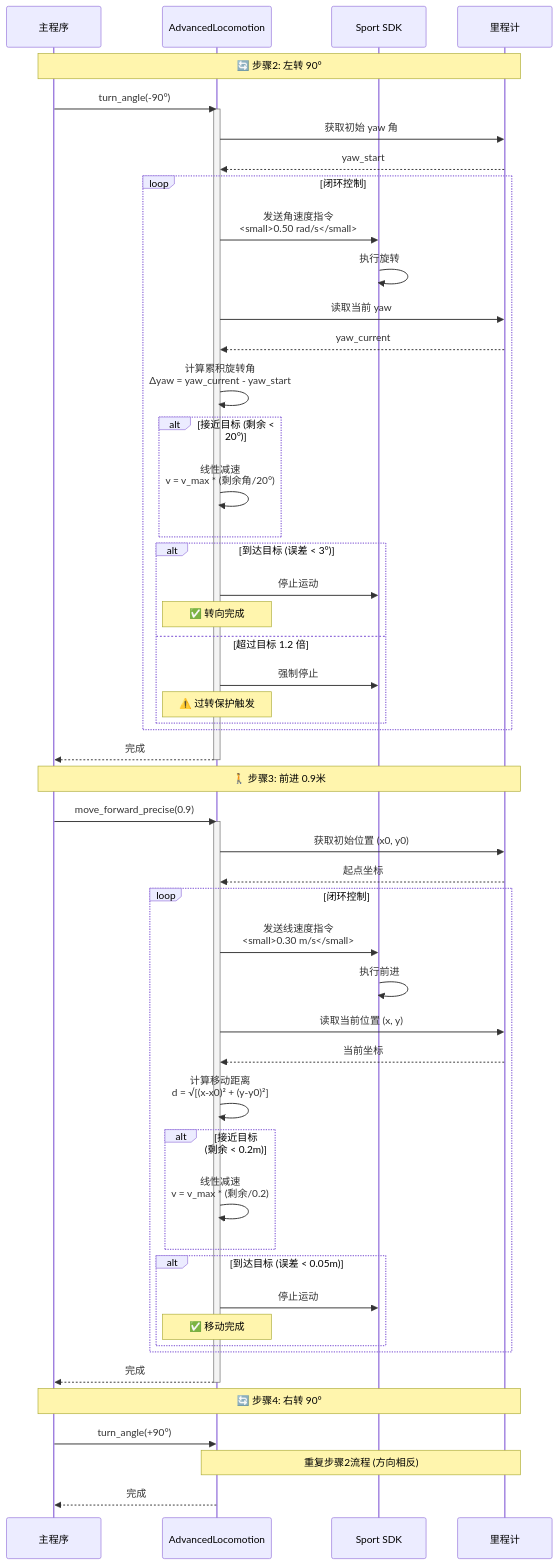
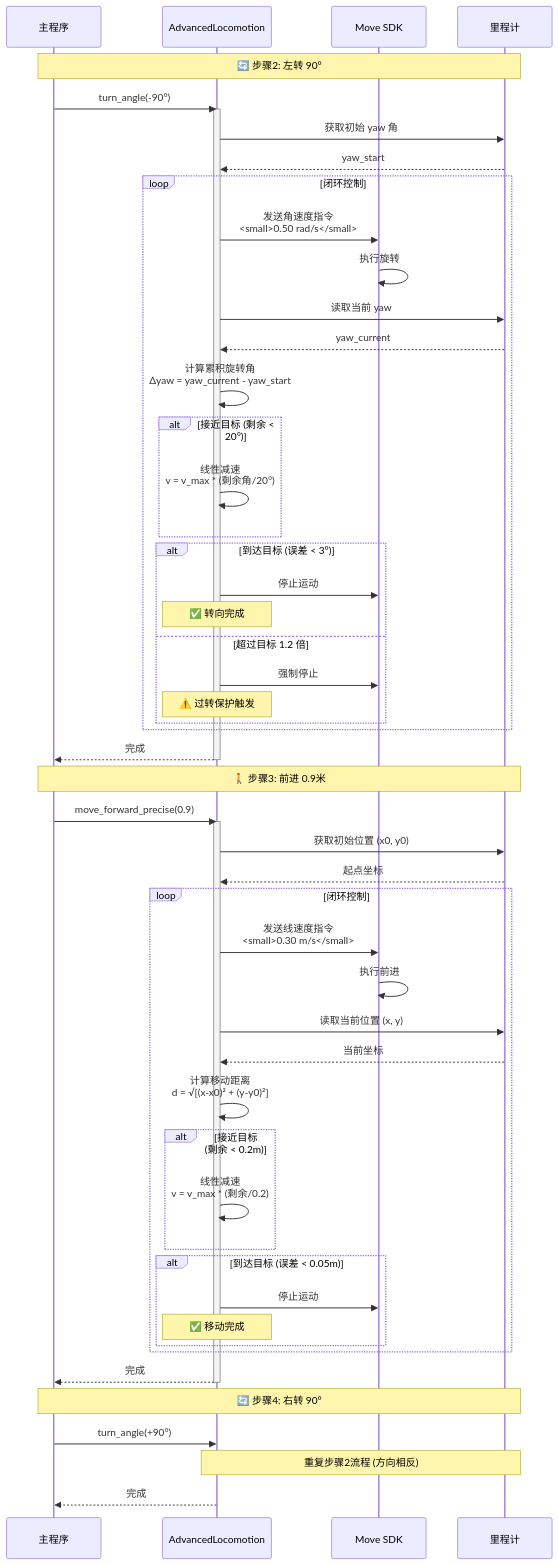
The fourth of 4 diagrams in loco/motion_control/docs/exec_greeting_demo.md (sakuzeng/xiangyang_g1), drawn with Mermaid before and after one commit. The commit also changed other lines of this file and 30 other files, not shown here.

````diff
--- a/loco/motion_control/docs/exec_greeting_demo.md
+++ b/loco/motion_control/docs/exec_greeting_demo.md
@@ -241,69 +241,69 @@
 ```mermaid
 sequenceDiagram
     participant Main as 主程序
     participant Loco as AdvancedLocomotion
-    participant Sport as Sport SDK
+    participant Sport as Move SDK
     participant Odom as 里程计
     
     Note over Main,Odom: 🔄 步骤2: 左转 90°
     Main->>Loco: turn_angle(-90°)
     activate Loco
     
     Loco->>Odom: 获取初始 yaw 角
     Odom-->>Loco: yaw_start
     
     loop 闭环控制
         Loco->>Sport: 发送角速度指令<br/><small>0.50 rad/s</small>
         Sport->>Sport: 执行旋转
         Loco->>Odom: 读取当前 yaw
         Odom-->>Loco: yaw_current
         Loco->>Loco: 计算累积旋转角<br/>Δyaw = yaw_current - yaw_start
         
         alt 接近目标 (剩余 < 20°)
             Loco->>Loco: 线性减速<br/>v = v_max * (剩余角/20°)
         end
         
         alt 到达目标 (误差 < 3°)
             Loco->>Sport: 停止运动
             Note over Loco: ✅ 转向完成
         else 超过目标 1.2 倍
             Loco->>Sport: 强制停止
             Note over Loco: ⚠️ 过转保护触发
         end
     end
     
     Loco-->>Main: 完成
     deactivate Loco
     
     Note over Main,Odom: 🚶 步骤3: 前进 0.9米
     Main->>Loco: move_forward_precise(0.9)
     activate Loco
     
     Loco->>Odom: 获取初始位置 (x0, y0)
     Odom-->>Loco: 起点坐标
     
     loop 闭环控制
         Loco->>Sport: 发送线速度指令<br/><small>0.30 m/s</small>
         Sport->>Sport: 执行前进
         Loco->>Odom: 读取当前位置 (x, y)
         Odom-->>Loco: 当前坐标
         Loco->>Loco: 计算移动距离<br/>d = √[(x-x0)² + (y-y0)²]
         
         alt 接近目标 (剩余 < 0.2m)
             Loco->>Loco: 线性减速<br/>v = v_max * (剩余/0.2)
         end
         
         alt 到达目标 (误差 < 0.05m)
             Loco->>Sport: 停止运动
             Note over Loco: ✅ 移动完成
         end
     end
     
     Loco-->>Main: 完成
     deactivate Loco
     
     Note over Main,Odom: 🔄 步骤4: 右转 90°
     Main->>Loco: turn_angle(+90°)
     Note over Loco,Odom: 重复步骤2流程 (方向相反)
     Loco-->>Main: 完成
 ```
````
